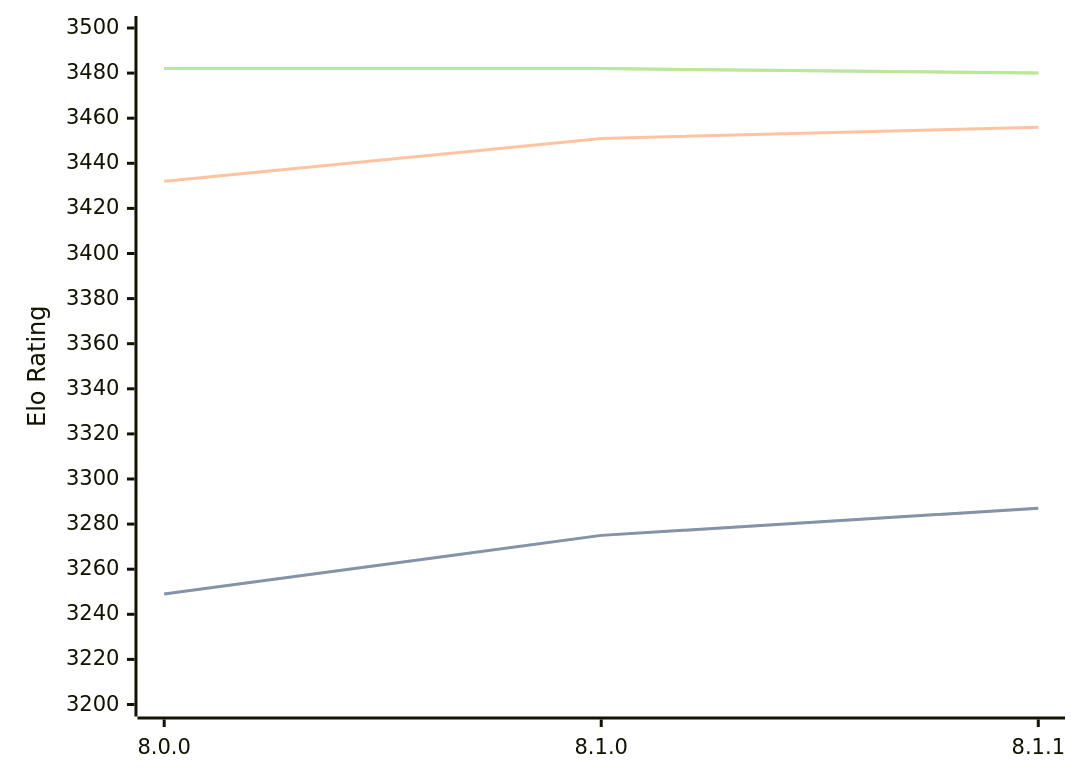
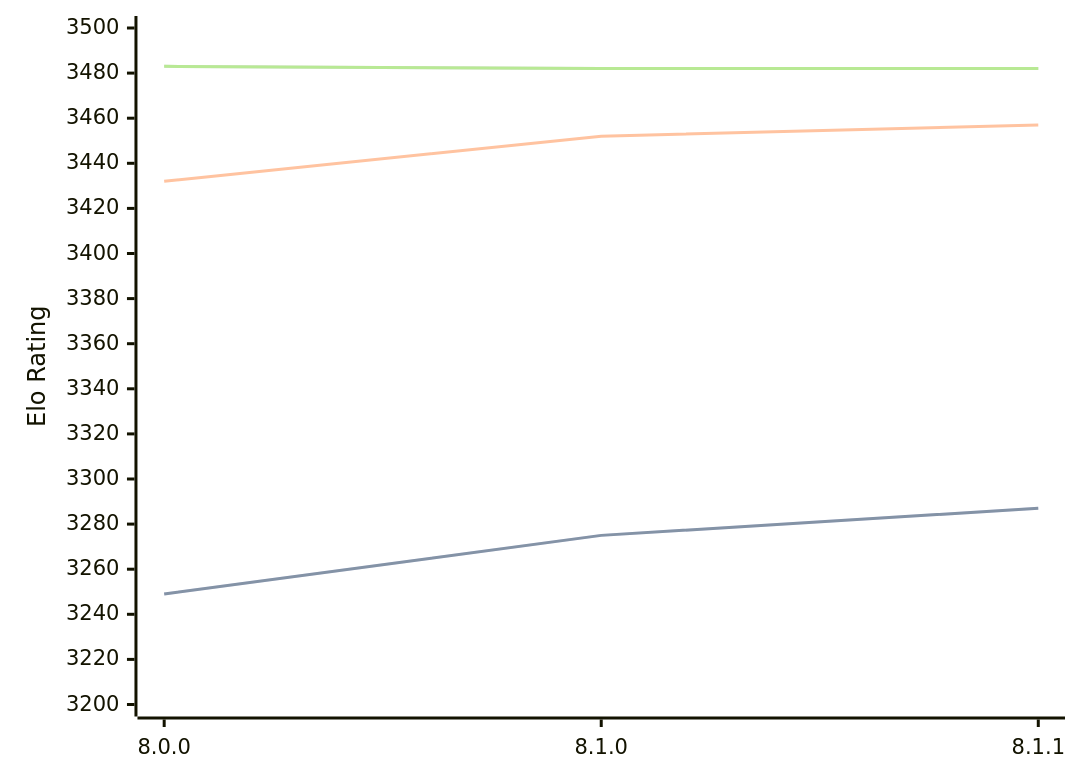
The diagram in engines/Velvet.md (computer-chess-index/cci), drawn with Mermaid before and after one commit. The commit also changed other lines of this file, not shown here.

Commit message:
Update CCI Ratings (ELO VLTC) - 2026-09-27

````diff
--- a/engines/Velvet.md
+++ b/engines/Velvet.md
@@ -33,11 +33,11 @@
 ```mermaid
 %%{init: {"theme":"base","themeVariables":{"seriesColors:['#a3a3a3','#222221','#faa371']}}}%%
 xychart-beta
   x-axis ["8.0.0", "8.1.0", "8.1.1"]
   y-axis "Elo Rating" 3200 --> 3500
   line "" [3249, 3275, 3287]
   line "STC (8.0+0.08s)" [3249, 3275, 3287]
-  line "LTC (60.0+0.60s)" [3432, 3451, 3456]
-  line "" [3482, 3482, 3480]
-  line "VLTC (2m24s+1.12s)" [3482, 3482, 3480]
+  line "LTC (60.0+0.60s)" [3432, 3452, 3457]
+  line "" [3483, 3482, 3482]
+  line "VLTC (2m24s+1.12s)" [3483, 3482, 3482]
 ```
````
